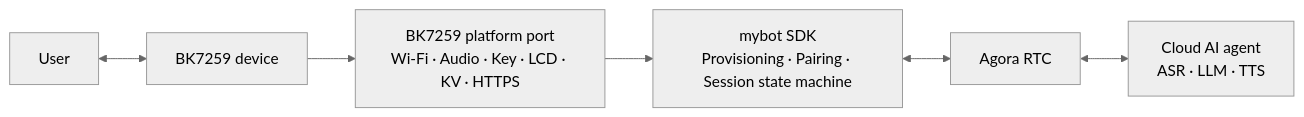
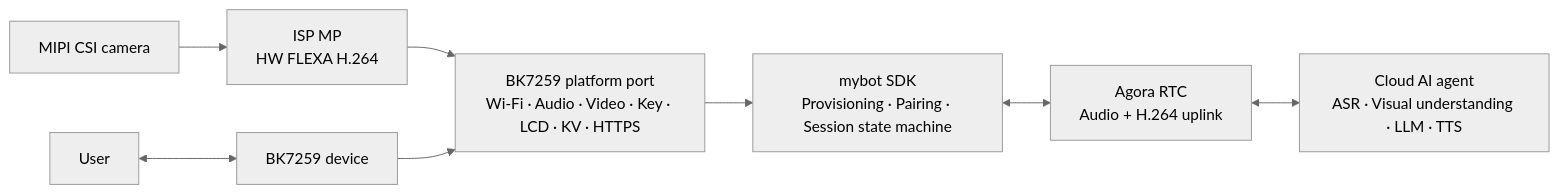
One commit to junlon2006/mybot-bk7259 changed the diagram in README.md. Above: the diagram before and after it, drawn with Mermaid (neutral theme). The commit also changed other lines of this file and 1 other file, not shown here.

Commit message:
docs(mybot): sync multimodal video documentation

````diff
--- a/README.md
+++ b/README.md
@@ -44,8 +45,9 @@
 ```mermaid
 flowchart LR
     user["User"] <--> device["BK7259 device"]
-    device --> platform["BK7259 platform port<br/>Wi-Fi · Audio · Key · LCD · KV · HTTPS"]
+    camera["MIPI CSI camera"] --> encoder["ISP MP<br/>HW FLEXA H.264"] --> platform
+    device --> platform["BK7259 platform port<br/>Wi-Fi · Audio · Video · Key · LCD · KV · HTTPS"]
     platform --> core["mybot SDK<br/>Provisioning · Pairing · Session state machine"]
-    core <--> rtc["Agora RTC"]
-    rtc <--> agent["Cloud AI agent<br/>ASR · LLM · TTS"]
+    core <--> rtc["Agora RTC<br/>Audio + H.264 uplink"]
+    rtc <--> agent["Cloud AI agent<br/>ASR · Visual understanding · LLM · TTS"]
 ```
````
